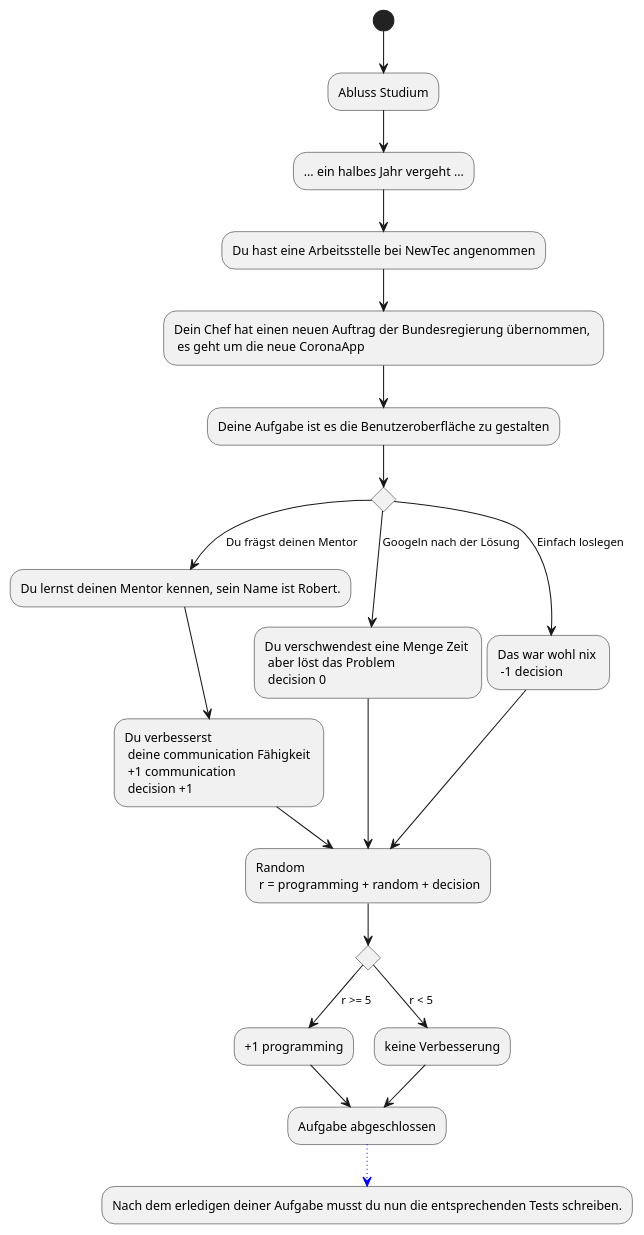
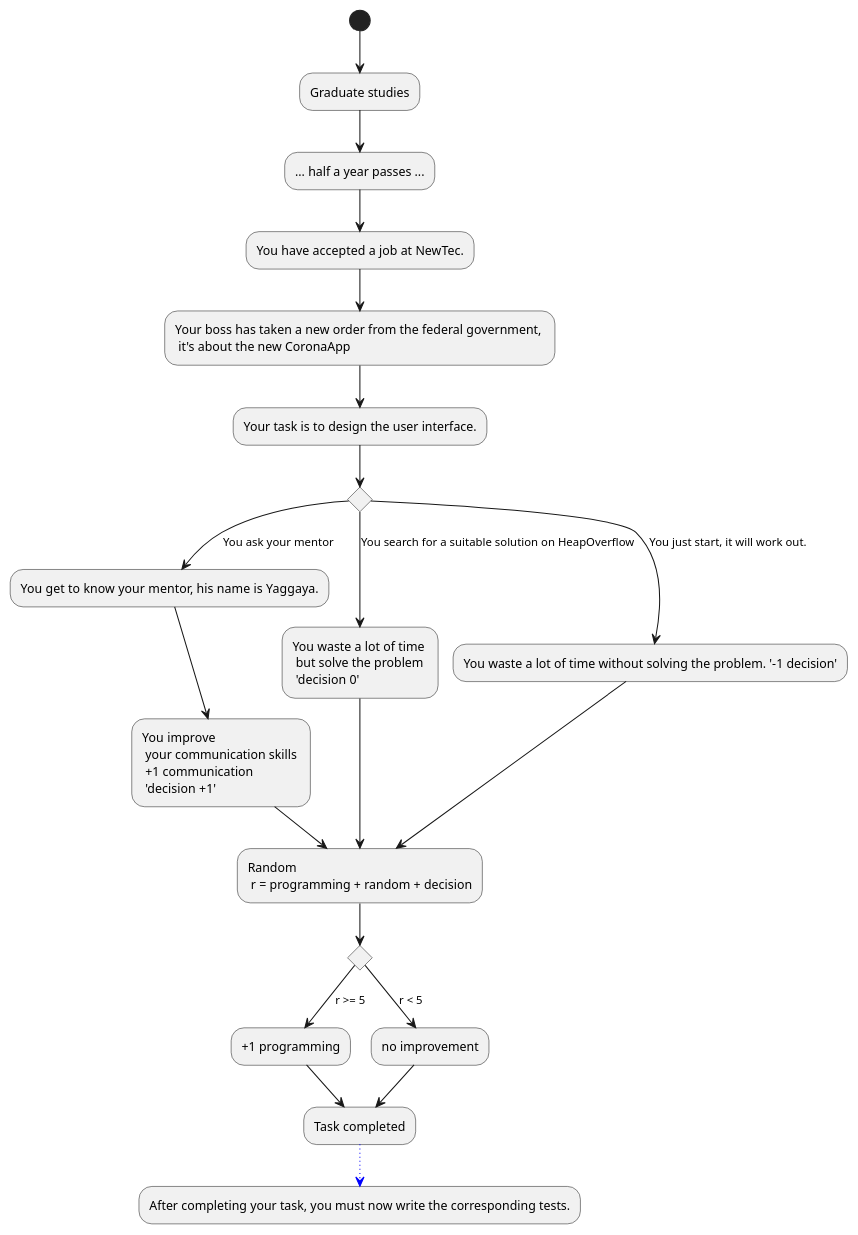
One commit to Brotenko/QualityQuest changed the diagram in Docs/Technical Specifications/docs/diagrams/StoryFlow/StoryFlow_Decision_5.puml. Above: the diagram before and after it, drawn with PlantUML. The commit also changed 14 other files, not shown here.

```diff
--- a/Docs/Technical Specifications/docs/diagrams/StoryFlow/StoryFlow_Decision_5.puml
+++ b/Docs/Technical Specifications/docs/diagrams/StoryFlow/StoryFlow_Decision_5.puml
@@ -1,33 +1,33 @@
 @startuml
-(*) --> "Abluss Studium" as as
---> "... ein halbes Jahr vergeht ..."
---> "Du hast eine Arbeitsstelle bei NewTec angenommen"
---> "Dein Chef hat einen neuen Auftrag der Bundesregierung übernommen, \n es geht um die neue CoronaApp" as a1
---> "Deine Aufgabe ist es die Benutzeroberfläche zu gestalten"
+(*) --> "Graduate studies" as as
+--> "... half a year passes ..."
+--> "You have accepted a job at NewTec."
+--> "Your boss has taken a new order from the federal government, \n it's about the new CoronaApp" as a1
+--> "Your task is to design the user interface."
 if "" then
---> [Du frägst deinen Mentor] "Du lernst deinen Mentor kennen, sein Name ist Robert."
---> "Du verbesserst \n deine communication Fähigkeit \n +1 communication \n decision +1" as a
+--> [You ask your mentor] "You get to know your mentor, his name is Yaggaya."
+--> "You improve \n your communication skills \n +1 communication \n 'decision +1'" as a
 else
---> [Googeln nach der Lösung] "Du verschwendest eine Menge Zeit \n aber löst das Problem \n decision 0" as b
+--> [You search for a suitable solution on HeapOverflow] "You waste a lot of time \n but solve the problem \n 'decision 0'" as b
 else
---> [Einfach loslegen] "Das war wohl nix \n -1 decision" as c
+--> [You just start, it will work out.] "You waste a lot of time without solving the problem. '-1 decision'" as c
 
 a --> "Random \n r = programming + random + decision" as r
 b --> r
 c --> r
 
 if "" then
 --> [r >= 5] "+1 programming" as p1
 else
---> [r < 5] "keine Verbesserung"
+--> [r < 5] "no improvement"
 
---> "Aufgabe abgeschlossen" as aa
+--> "Task completed" as aa
 
 p1 --> aa
 
 
--[#blue,dotted]-> "Nach dem erledigen deiner Aufgabe musst du nun die entsprechenden Tests schreiben."
+-[#blue,dotted]-> "After completing your task, you must now write the corresponding tests."
 
 
 
 @enduml
```
